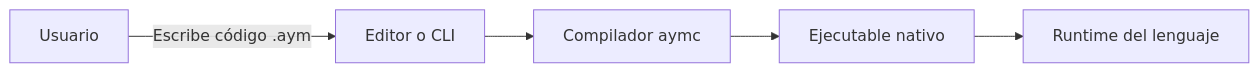
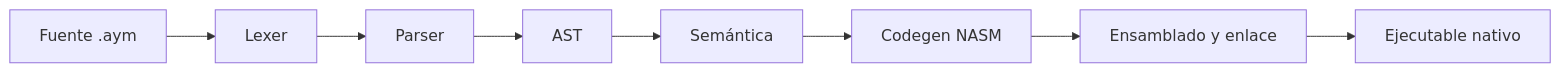
The diagram in docs/overview.md (jhulio435m/aymaraLang), drawn with Mermaid before and after one commit. The commit also changed other lines of this file and 221 other files, not shown here.

````diff
--- a/docs/overview.md
+++ b/docs/overview.md
@@ -35,7 +20,10 @@
 ```mermaid
 flowchart LR
-    A[Usuario] -->|Escribe código .aym| B[Editor o CLI]
-    B --> C[Compilador aymc]
-    C --> D[Ejecutable nativo]
-    D --> E[Runtime del lenguaje]
+    A[Fuente .aym] --> B[Lexer]
+    B --> C[Parser]
+    C --> D[AST]
+    D --> E[Semántica]
+    E --> F[Codegen NASM]
+    F --> G[Ensamblado y enlace]
+    G --> H[Ejecutable nativo]
 ```
````
